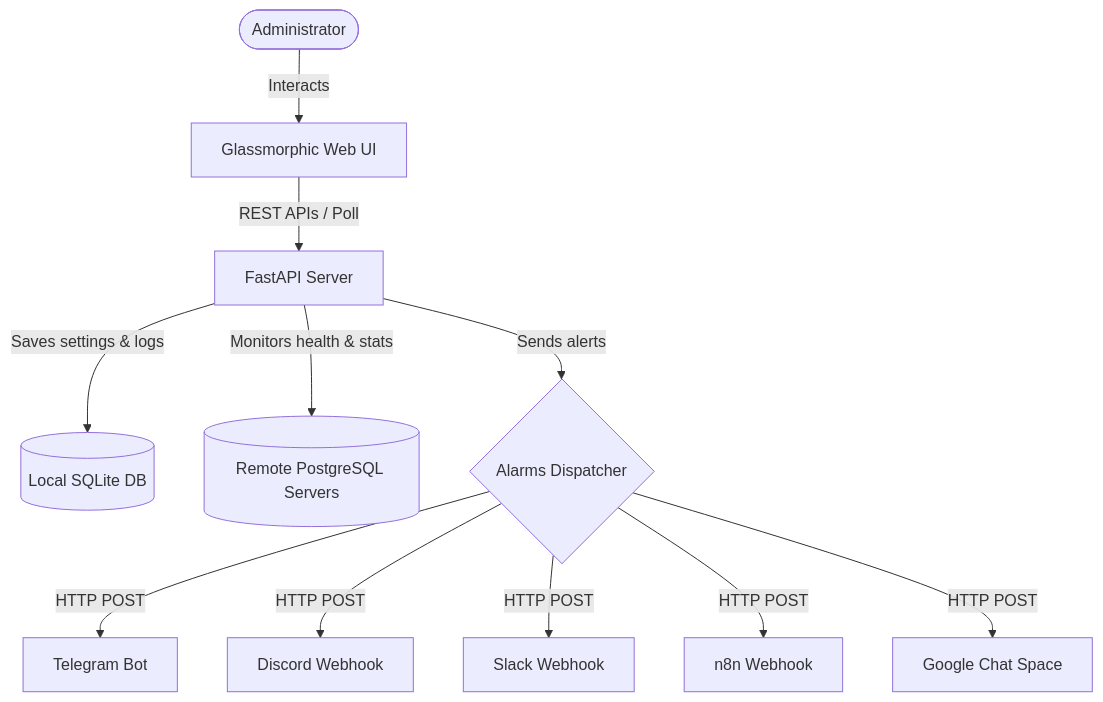
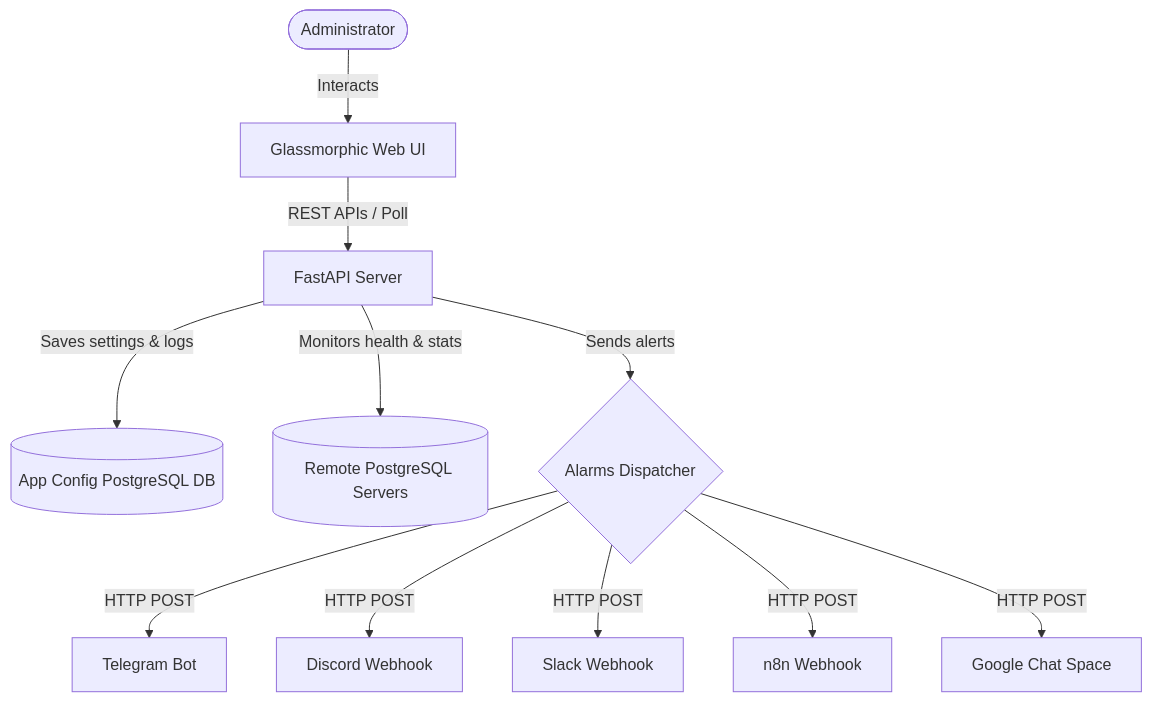
One commit to edjiesa/postgresql10.4Mon changed the diagram in README.md. Above: the diagram before and after it, drawn with Mermaid. The commit also changed other lines of this file, not shown here.

Commit message:
docs: update README.md to document the PostgreSQL app storage database migration

````diff
--- a/README.md
+++ b/README.md
@@ -29,13 +29,13 @@
 ```mermaid
 graph TD
     User([Administrator]) -->|Interacts| Frontend[Glassmorphic Web UI]
     Frontend -->|REST APIs / Poll| Backend[FastAPI Server]
-    Backend -->|Saves settings & logs| SQLite[(Local SQLite DB)]
+    Backend -->|Saves settings & logs| AppDB[(App Config PostgreSQL DB)]
     Backend -->|Monitors health & stats| RemotePG[(Remote PostgreSQL Servers)]
     Backend -->|Sends alerts| Webhooks{Alarms Dispatcher}
     Webhooks -->|HTTP POST| Telegram[Telegram Bot]
     Webhooks -->|HTTP POST| Discord[Discord Webhook]
     Webhooks -->|HTTP POST| Slack[Slack Webhook]
     Webhooks -->|HTTP POST| n8n[n8n Webhook]
     Webhooks -->|HTTP POST| GoogleChat[Google Chat Space]
 ```
````
